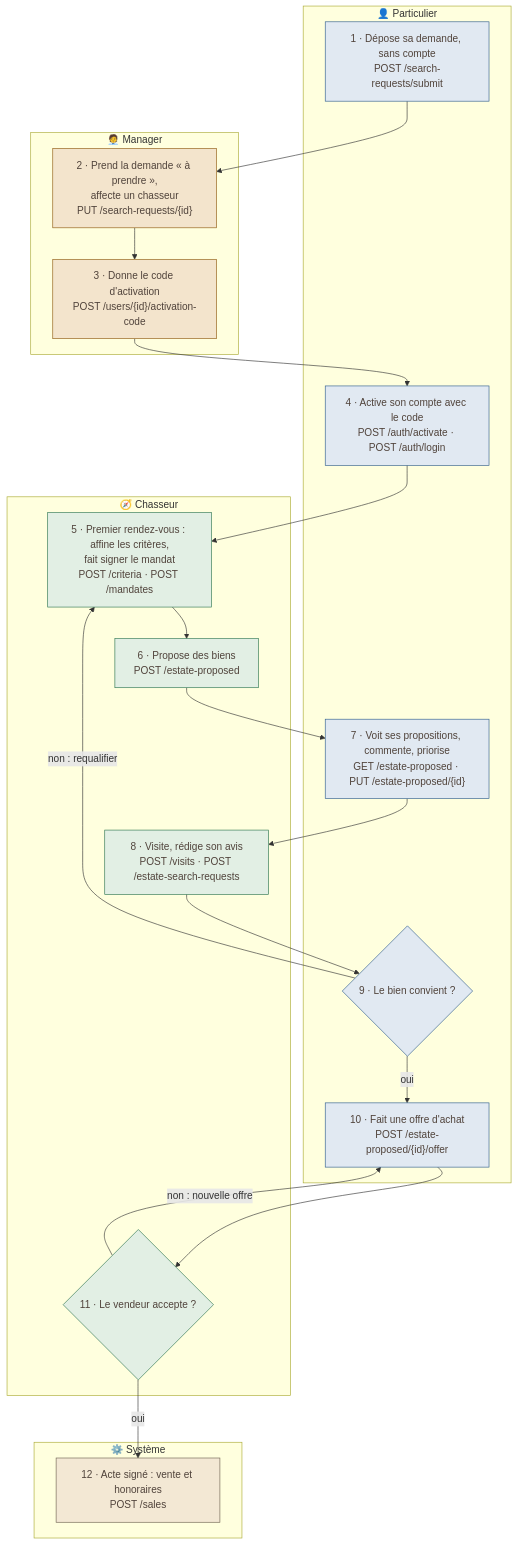
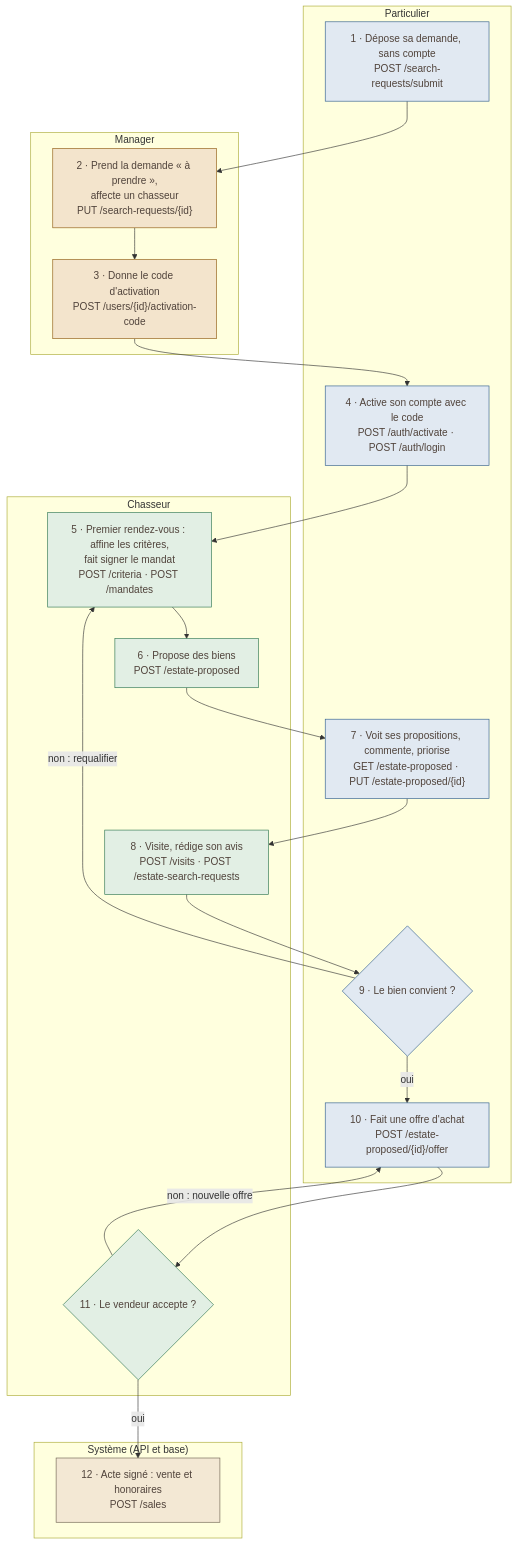
The first of 2 diagrams in livrables/4-application/processus-metier.md (GaSeBeLa/Fil-Rouge), drawn with Mermaid before and after one commit. The commit also changed other lines of this file and 2 other files, not shown here.

````diff
--- a/livrables/4-application/processus-metier.md
+++ b/livrables/4-application/processus-metier.md
@@ -13,38 +13,38 @@
 ```mermaid
 flowchart TB
-    subgraph PART["👤 Particulier"]
+    subgraph PART["Particulier"]
         P1["1 · Dépose sa demande, sans compte<br/>POST /search-requests/submit"]
         P4["4 · Active son compte avec le code<br/>POST /auth/activate · POST /auth/login"]
         P7["7 · Voit ses propositions, commente, priorise<br/>GET /estate-proposed · PUT /estate-proposed/{id}"]
         P9{"9 · Le bien convient ?"}
         P10["10 · Fait une offre d'achat<br/>POST /estate-proposed/{id}/offer"]
     end
-    subgraph MAN["🧑‍💼 Manager"]
+    subgraph MAN["Manager"]
         M2["2 · Prend la demande « à prendre »,<br/>affecte un chasseur<br/>PUT /search-requests/{id}"]
         M3["3 · Donne le code d'activation<br/>POST /users/{id}/activation-code"]
     end
-    subgraph CHA["🧭 Chasseur"]
+    subgraph CHA["Chasseur"]
         C5["5 · Premier rendez-vous : affine les critères,<br/>fait signer le mandat<br/>POST /criteria · POST /mandates"]
         C6["6 · Propose des biens<br/>POST /estate-proposed"]
         C8["8 · Visite, rédige son avis<br/>POST /visits · POST /estate-search-requests"]
         C11{"11 · Le vendeur accepte ?"}
     end
-    subgraph SYS["⚙️ Système"]
+    subgraph SYS["Système (API et base)"]
         S12["12 · Acte signé : vente et honoraires<br/>POST /sales"]
     end
 
     P1 --> M2 --> M3 --> P4 --> C5 --> C6 --> P7 --> C8 --> P9
     P9 -->|"non : requalifier"| C5
     P9 -->|"oui"| P10 --> C11
     C11 -->|"non : nouvelle offre"| P10
     C11 -->|"oui"| S12
 
     classDef part fill:#e1e9f2,stroke:#2f5d8c,color:#50433b
     classDef man fill:#f3e4cc,stroke:#8f5a0f,color:#50433b
     classDef cha fill:#e2efe4,stroke:#2d7551,color:#50433b
     classDef sys fill:#f3e8d4,stroke:#6e6151,color:#50433b
     class P1,P4,P7,P9,P10 part
     class M2,M3 man
     class C5,C6,C8,C11 cha
     class S12 sys
 ```
````
